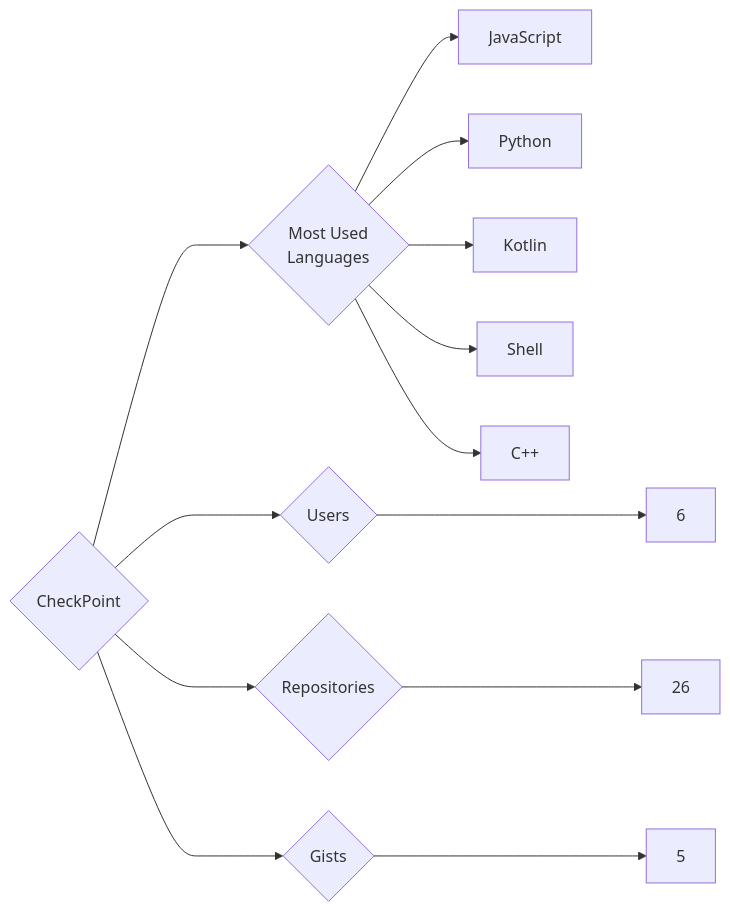
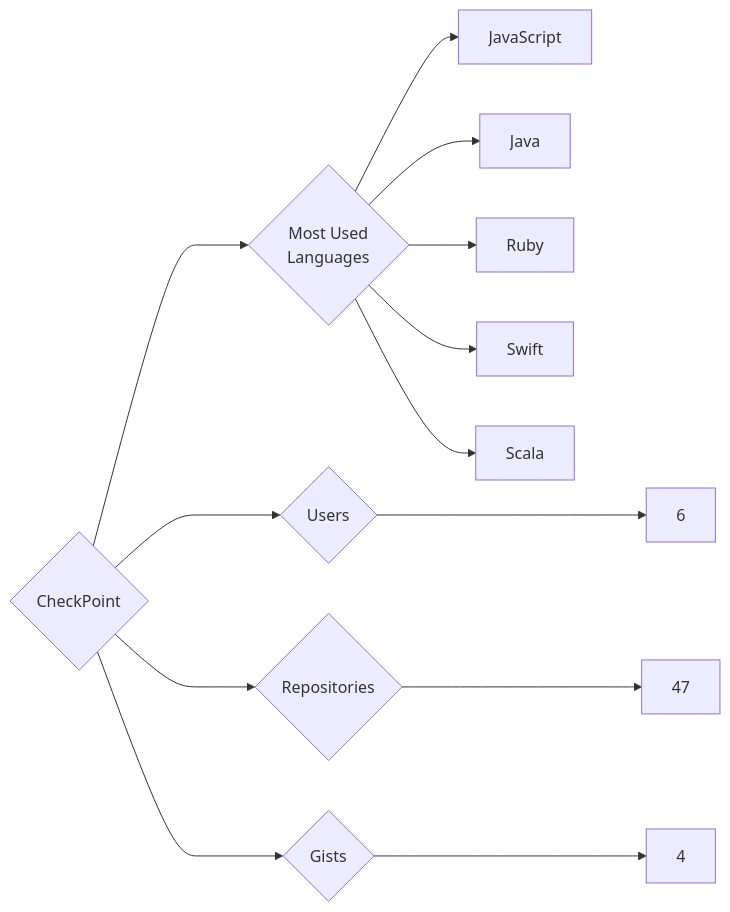
The diagram in targets/CheckPoint/README.md (trickest/insiders), drawn with Mermaid before and after one commit. The commit also changed 1166 other files, not shown here.

````diff
--- a/targets/CheckPoint/README.md
+++ b/targets/CheckPoint/README.md
@@ -3,13 +3,13 @@
 ```mermaid
 graph LR
 COMPANY_NAME{CheckPoint}
 COMPANY_NAME ---> U{Users} ---> UN[6]
-COMPANY_NAME ---> R{Repositories} ---> RN[26]
-COMPANY_NAME ---> G{Gists} ---> GN[5]
+COMPANY_NAME ---> R{Repositories} ---> RN[47]
+COMPANY_NAME ---> G{Gists} ---> GN[4]
 COMPANY_NAME ---> ML{Most Used<br>Languages}
 ML --> JavaScript[JavaScript]
-ML --> Python[Python]
-ML --> Kotlin[Kotlin]
-ML --> Shell[Shell]
-ML --> C++[C++]
+ML --> Java[Java]
+ML --> Ruby[Ruby]
+ML --> Swift[Swift]
+ML --> Scala[Scala]
 ```
````
